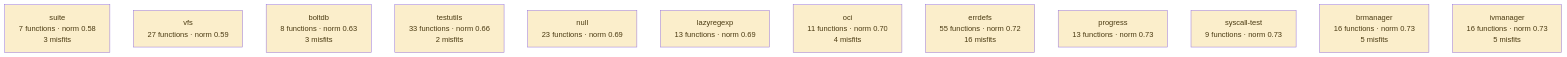
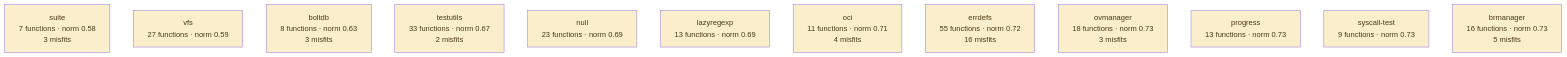
One commit to LukasSelin/doppel changed the fourth of 5 diagrams in examples/moby.md. Above: the diagram before and after it, drawn with Mermaid. The commit also changed other lines of this file and 7 other files, not shown here.

````diff
--- a/examples/moby.md
+++ b/examples/moby.md
@@ -741,19 +741,19 @@
 ```mermaid
 flowchart TD
     h0["suite<br/>7 functions · norm 0.58<br/>3 misfits"]
     h1["vfs<br/>27 functions · norm 0.59"]
     h2["boltdb<br/>8 functions · norm 0.63<br/>3 misfits"]
-    h3["testutils<br/>33 functions · norm 0.66<br/>2 misfits"]
+    h3["testutils<br/>33 functions · norm 0.67<br/>2 misfits"]
     h4["null<br/>23 functions · norm 0.69"]
     h5["lazyregexp<br/>13 functions · norm 0.69"]
-    h6["oci<br/>11 functions · norm 0.70<br/>4 misfits"]
+    h6["oci<br/>11 functions · norm 0.71<br/>4 misfits"]
     h7["errdefs<br/>55 functions · norm 0.72<br/>16 misfits"]
-    h8["progress<br/>13 functions · norm 0.73"]
-    h9["syscall-test<br/>9 functions · norm 0.73"]
-    h10["brmanager<br/>16 functions · norm 0.73<br/>5 misfits"]
-    h11["ivmanager<br/>16 functions · norm 0.73<br/>5 misfits"]
+    h8["ovmanager<br/>18 functions · norm 0.73<br/>3 misfits"]
+    h9["progress<br/>13 functions · norm 0.73"]
+    h10["syscall-test<br/>9 functions · norm 0.73"]
+    h11["brmanager<br/>16 functions · norm 0.73<br/>5 misfits"]
     classDef good fill:#d7ecd9,color:#1b3d20
     classDef warn fill:#fbeecb,color:#4a3a12
     classDef hot fill:#f7d6d6,color:#4a1c1c
     class h0,h1,h2,h3,h4,h5,h6,h7,h8,h9,h10,h11 warn
 ```
````
